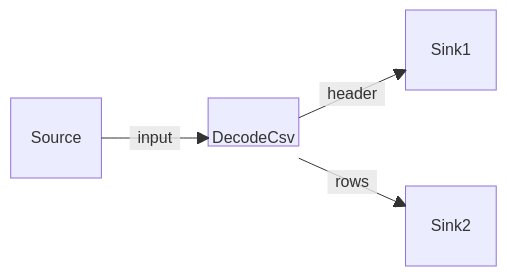
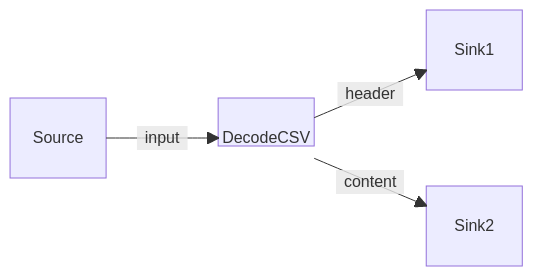
Before and after one commit to AsimovPlatform/protoflow: the sixth of 23 diagrams in README.md, drawn with Mermaid. The commit also changed other lines of this file and 11 other files, not shown here.

````diff
--- a/README.md
+++ b/README.md
@@ -254,17 +254,17 @@
 ```mermaid
 block-beta
     columns 7
     space:5 Sink1 space:1
-    space:1 Source space:1 DecodeCsv space:3
+    space:1 Source space:1 DecodeCSV space:3
     space:5 Sink2 space:1
-    Source-- "input" -->DecodeCsv
-    DecodeCsv-- "header" -->Sink1
-    DecodeCsv-- "rows" -->Sink2
+    Source-- "input" -->DecodeCSV
+    DecodeCSV-- "header" -->Sink1
+    DecodeCSV-- "content" -->Sink2
 
     classDef block height:48px,padding:8px;
     classDef hidden visibility:none;
-    class DecodeCsv block
+    class DecodeCSV block
     class Source hidden
     class Sink1 hidden
     class Sink2 hidden
 ```
````
